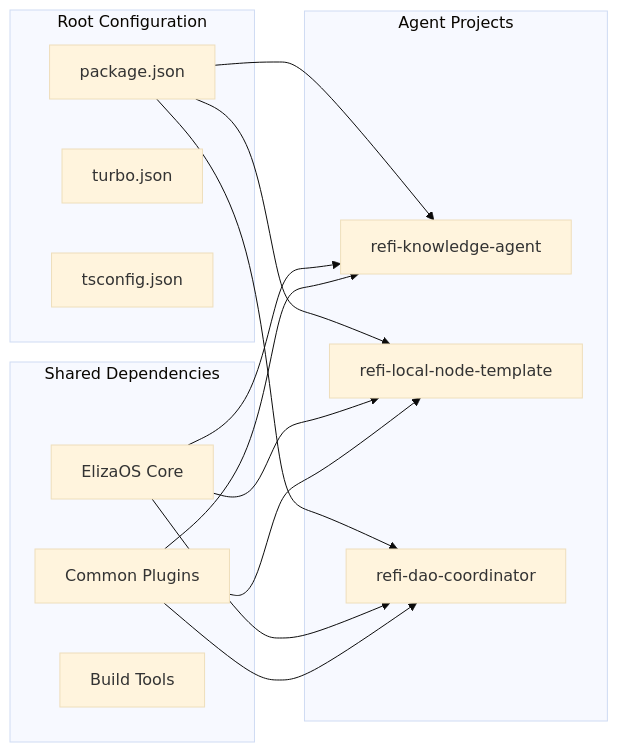
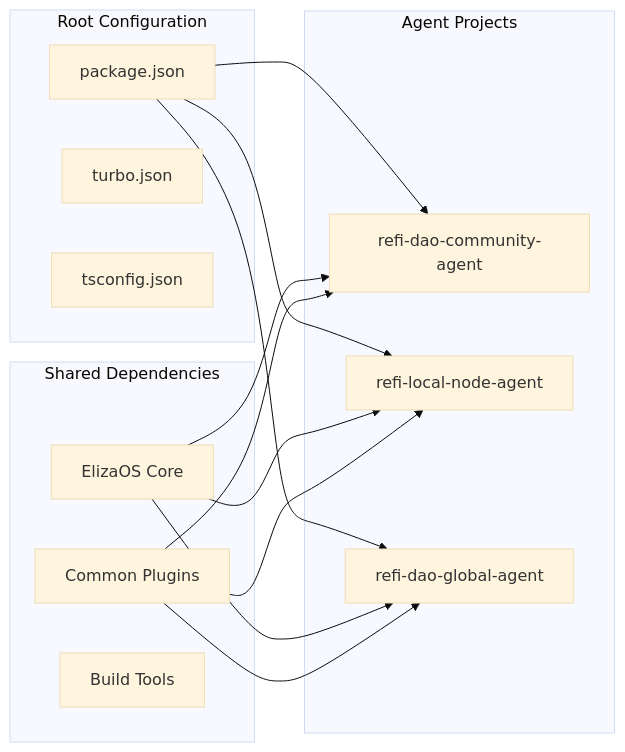
Before and after one commit to ReFiDAO/regen_eliza-refi_dao: the seventh of 10 diagrams in README_full.md, drawn with Mermaid (base theme). The commit also changed other lines of this file, not shown here.

````diff
--- a/README_full.md
+++ b/README_full.md
@@ -525,32 +525,32 @@
 ```mermaid
 graph LR
     subgraph "Root Configuration"
         RC1[package.json]
         RC2[turbo.json]
         RC3[tsconfig.json]
     end
     
     subgraph "Agent Projects"
-        AP1[refi-knowledge-agent]
-        AP2[refi-local-node-template]
-        AP3[refi-dao-coordinator]
+        AP1[refi-dao-community-agent]
+        AP2[refi-local-node-agent]
+        AP3[refi-dao-global-agent]
     end
     
     subgraph "Shared Dependencies"
         SD1[ElizaOS Core]
         SD2[Common Plugins]
         SD3[Build Tools]
     end
     
     RC1 --> AP1
     RC1 --> AP2
     RC1 --> AP3
     
     SD1 --> AP1
     SD1 --> AP2
     SD1 --> AP3
     
     SD2 --> AP1
     SD2 --> AP2
     SD2 --> AP3
 ```
````
